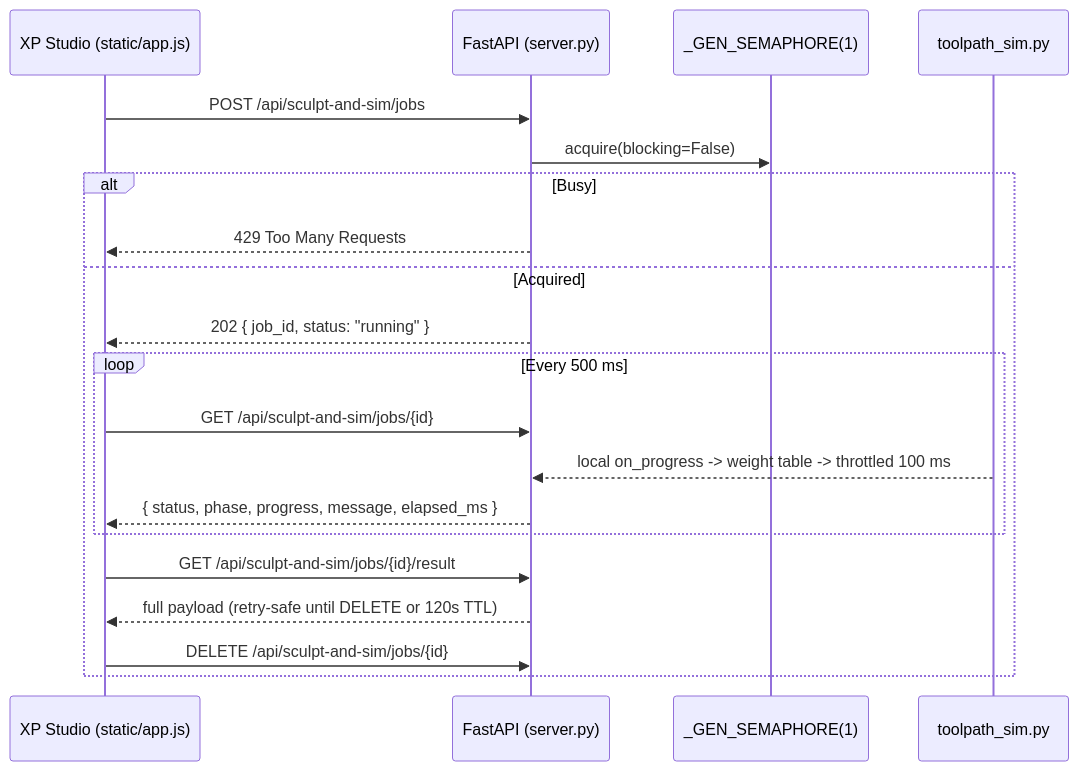
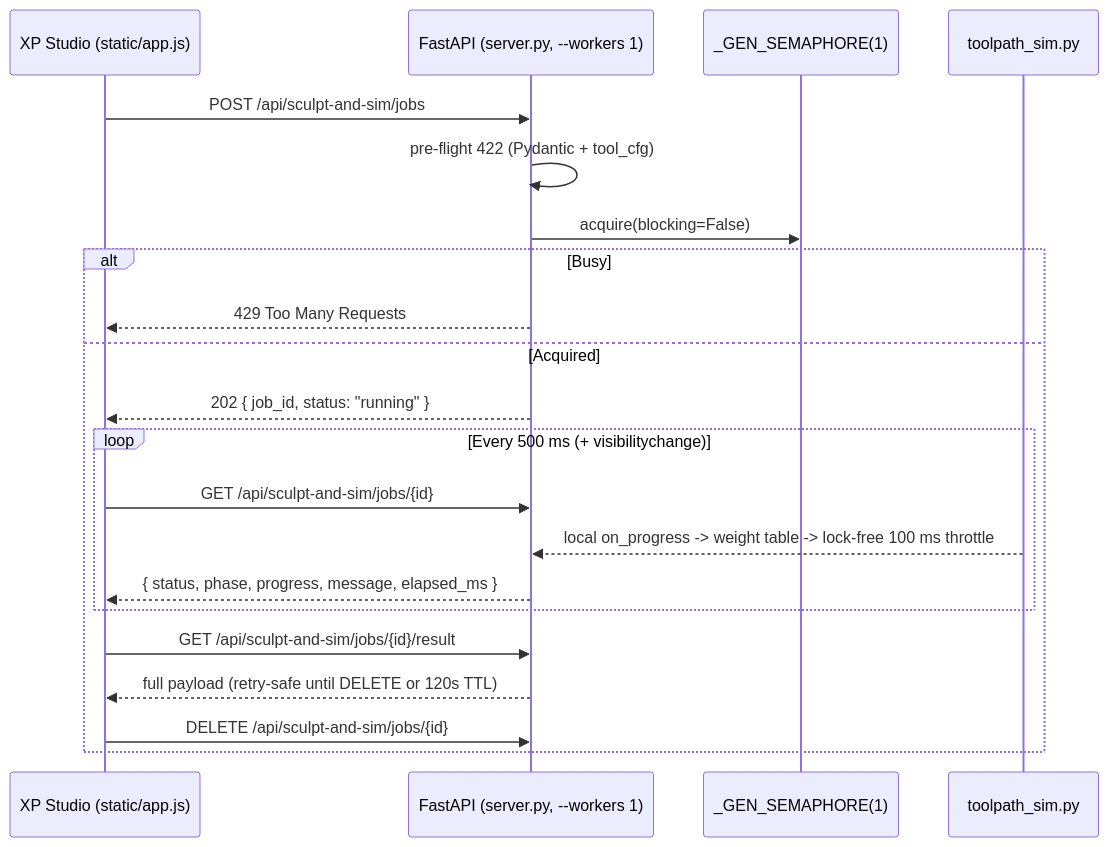
Before and after one commit to slowbutfast/carving-simulation: the diagram in openspec/changes/toolpath-loading-bar/architecture.md, drawn with Mermaid. The commit also changed other lines of this file and 8 other files, not shown here.

````diff
--- a/openspec/changes/toolpath-loading-bar/architecture.md
+++ b/openspec/changes/toolpath-loading-bar/architecture.md
@@ -10,22 +10,23 @@
 ```mermaid
 sequenceDiagram
     participant UI as XP Studio (static/app.js)
-    participant API as FastAPI (server.py)
+    participant API as FastAPI (server.py, --workers 1)
     participant SEM as _GEN_SEMAPHORE(1)
     participant SIM as toolpath_sim.py
     UI->>API: POST /api/sculpt-and-sim/jobs
+    API->>API: pre-flight 422 (Pydantic + tool_cfg)
     API->>SEM: acquire(blocking=False)
     alt Busy
         API-->>UI: 429 Too Many Requests
     else Acquired
         API-->>UI: 202 { job_id, status: "running" }
-        loop Every 500 ms
+        loop Every 500 ms (+ visibilitychange)
             UI->>API: GET /api/sculpt-and-sim/jobs/{id}
-            SIM-->>API: local on_progress -> weight table -> throttled 100 ms
+            SIM-->>API: local on_progress -> weight table -> lock-free 100 ms throttle
             API-->>UI: { status, phase, progress, message, elapsed_ms }
         end
         UI->>API: GET /api/sculpt-and-sim/jobs/{id}/result
         API-->>UI: full payload (retry-safe until DELETE or 120s TTL)
         UI->>API: DELETE /api/sculpt-and-sim/jobs/{id}
     end
 ```
````
